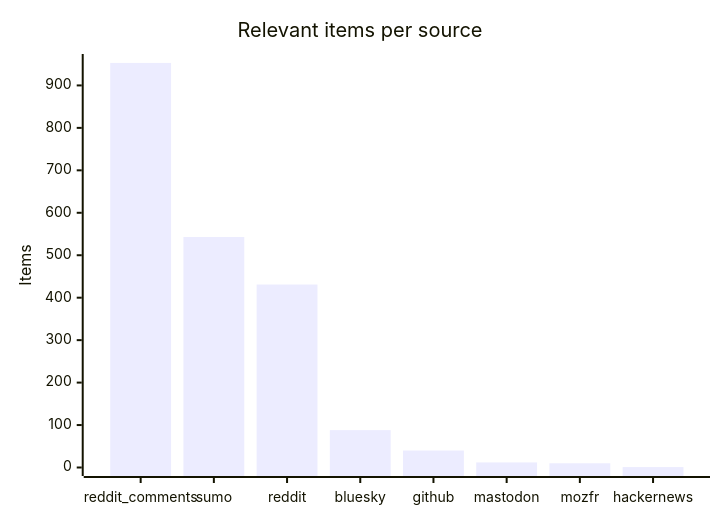
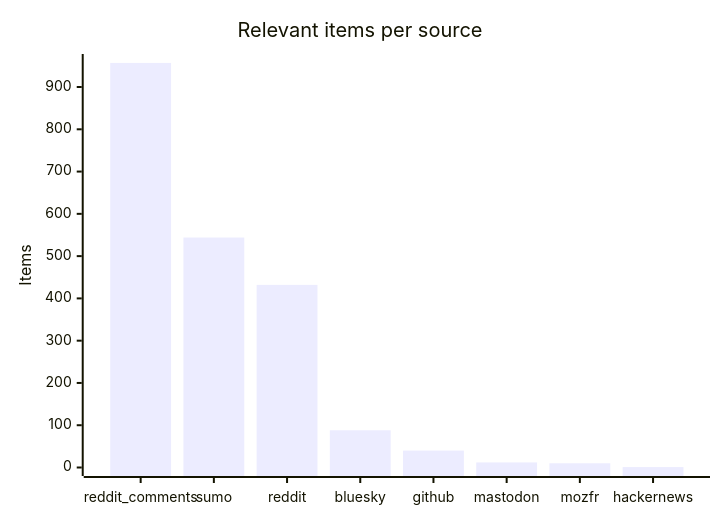
Before and after one commit to martinbalfanz/social-scanner-reports: the third of 4 diagrams in README.md, drawn with Mermaid. The commit also changed other lines of this file and 4 other files, not shown here.

````diff
--- a/README.md
+++ b/README.md
@@ -48,7 +48,7 @@
 ```mermaid
 xychart-beta
     title "Relevant items per source"
     x-axis ["reddit_comments", "sumo", "reddit", "bluesky", "github", "mastodon", "mozfr", "hackernews"]
-    y-axis "Items" 0 --> 954
-    bar [953, 543, 431, 88, 40, 12, 10, 1]
+    y-axis "Items" 0 --> 958
+    bar [957, 544, 432, 88, 40, 12, 10, 1]
 ```
````
